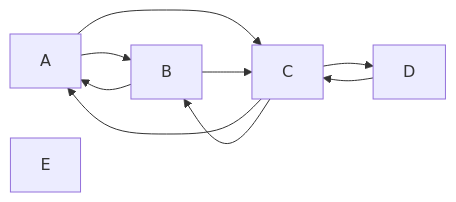
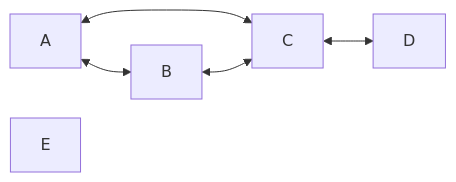
One commit to ShayGali/sp2_ex1 changed the second of 8 diagrams in tests_readme.md. Above: the diagram before and after it, drawn with Mermaid.

````diff
--- a/tests_readme.md
+++ b/tests_readme.md
@@ -29,12 +29,8 @@
 ```mermaid
 graph LR;
-    A-->B;
-    A-->C;
-    B-->A;
-    B-->C;
-    C-->A;
-    C-->B;
-    C-->D;
-    D-->C;
+    A<-->B;
+    A<-->C;
+    B<-->C;
+    C<-->D;
     E;
 ```
````
